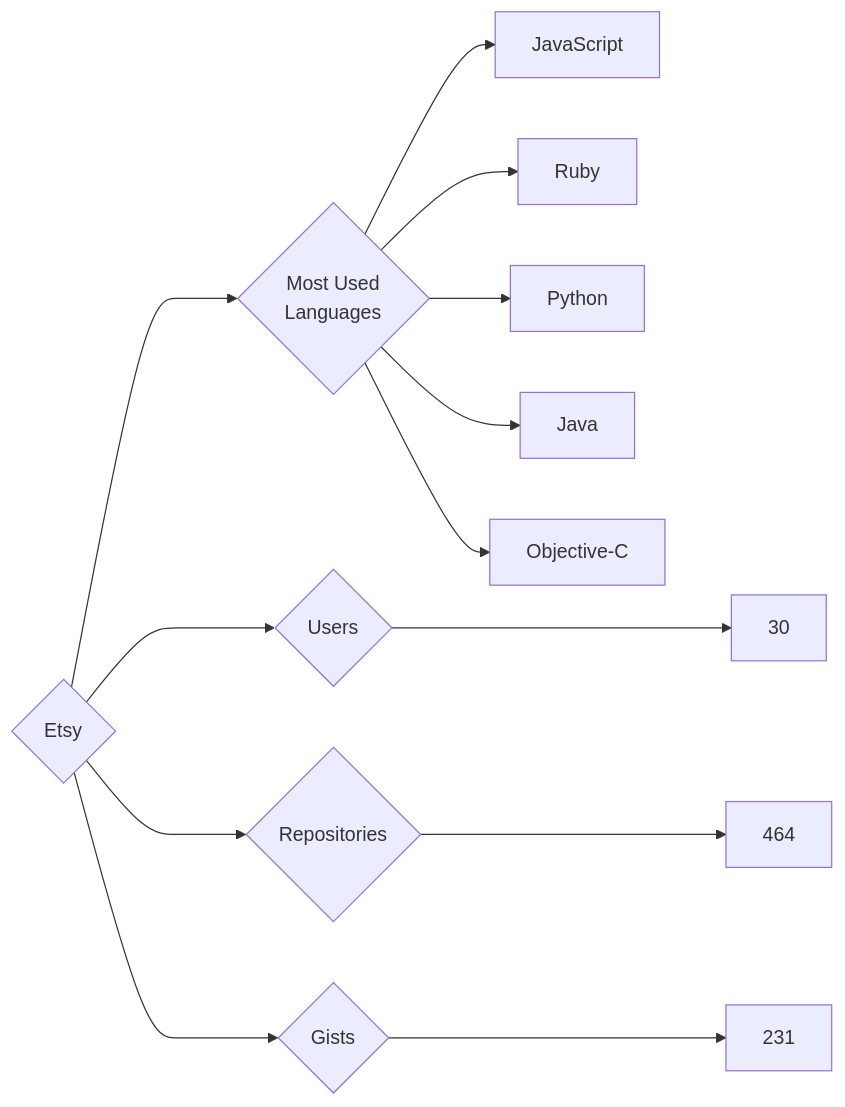
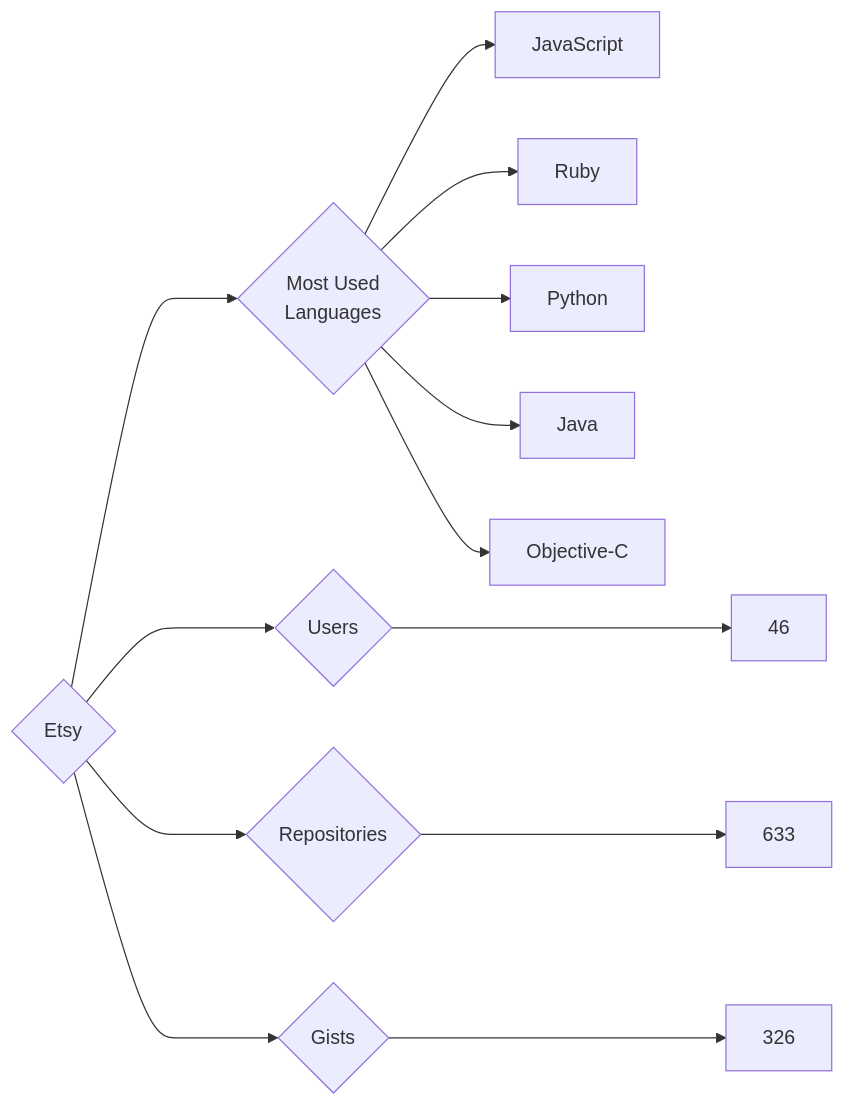
One commit to trickest/insiders changed the diagram in targets/Etsy/README.md. Above: the diagram before and after it, drawn with Mermaid. The commit also changed 569 other files, not shown here.

````diff
--- a/targets/Etsy/README.md
+++ b/targets/Etsy/README.md
@@ -3,13 +3,13 @@
 ```mermaid
 graph LR
 COMPANY_NAME{Etsy}
-COMPANY_NAME ---> U{Users} ---> UN[30]
-COMPANY_NAME ---> R{Repositories} ---> RN[464]
-COMPANY_NAME ---> G{Gists} ---> GN[231]
+COMPANY_NAME ---> U{Users} ---> UN[46]
+COMPANY_NAME ---> R{Repositories} ---> RN[633]
+COMPANY_NAME ---> G{Gists} ---> GN[326]
 COMPANY_NAME ---> ML{Most Used<br>Languages}
 ML --> JavaScript[JavaScript]
 ML --> Ruby[Ruby]
 ML --> Python[Python]
 ML --> Java[Java]
 ML --> Objective-C[Objective-C]
 ```
````
